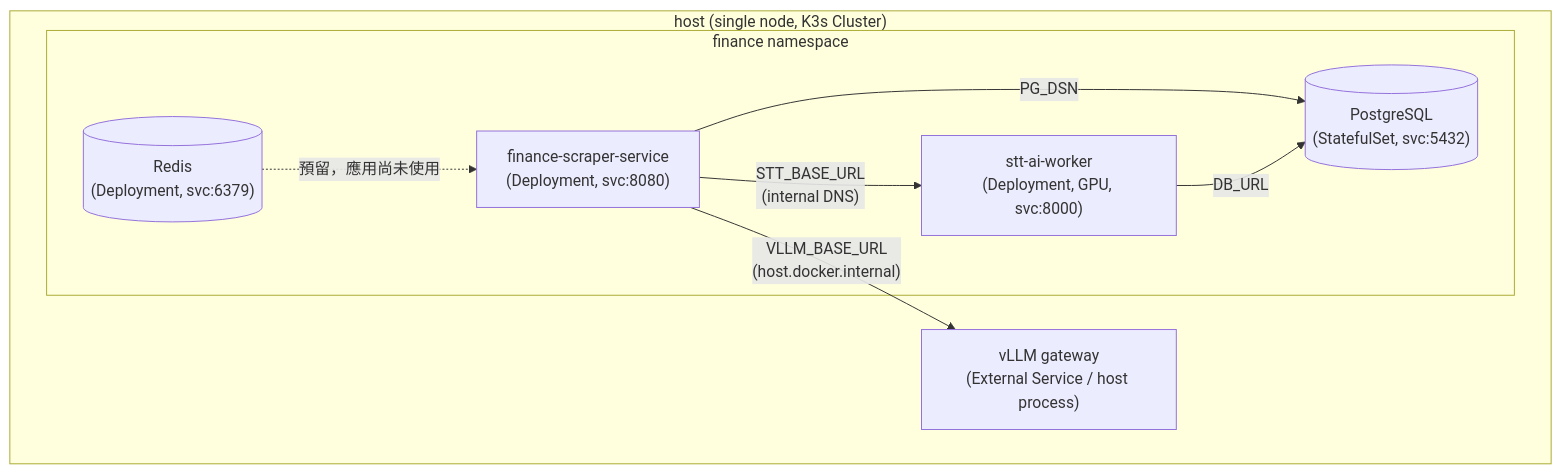
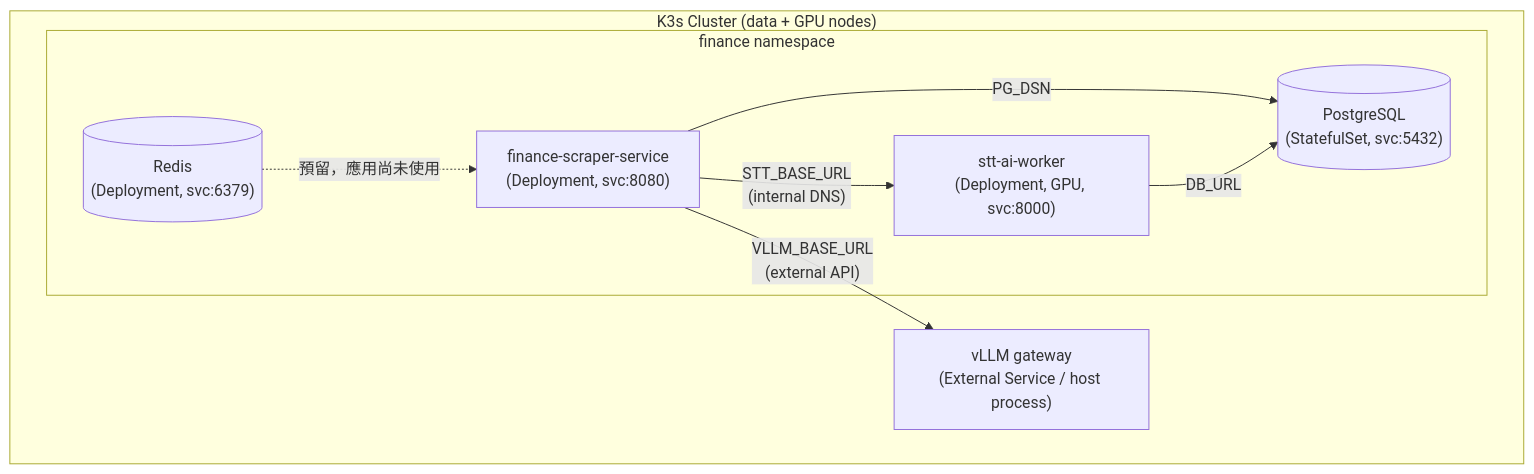
Before and after one commit to pei9564/ai-finance-infra: the diagram in README.md, drawn with Mermaid. The commit also changed other lines of this file and 21 other files, not shown here.

````diff
--- a/README.md
+++ b/README.md
@@ -33,18 +33,18 @@
 ```mermaid
 flowchart TB
-    subgraph host["host (single node, K3s Cluster)"]
+    subgraph host["K3s Cluster (data + GPU nodes)"]
         subgraph k8s["finance namespace"]
             scraper["finance-scraper-service<br/>(Deployment, svc:8080)"]
             stt["stt-ai-worker<br/>(Deployment, GPU, svc:8000)"]
             pg[("PostgreSQL<br/>(StatefulSet, svc:5432)")]
             redis[("Redis<br/>(Deployment, svc:6379)")]
         end
         vllm["vLLM gateway<br/>(External Service / host process)"]
     end
 
     scraper -- "PG_DSN" --> pg
     stt -- "DB_URL" --> pg
     redis -. "預留，應用尚未使用" .-> scraper
-    scraper -- "VLLM_BASE_URL<br/>(host.docker.internal)" --> vllm
+    scraper -- "VLLM_BASE_URL<br/>(external API)" --> vllm
     scraper -- "STT_BASE_URL<br/>(internal DNS)" --> stt
 ```
````
